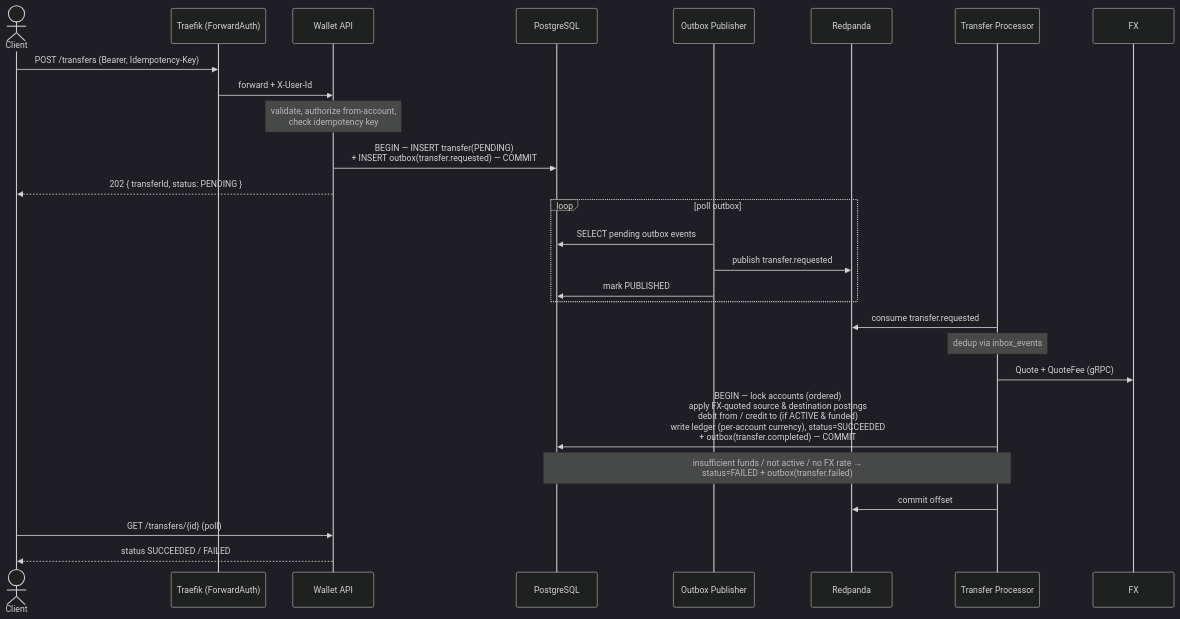
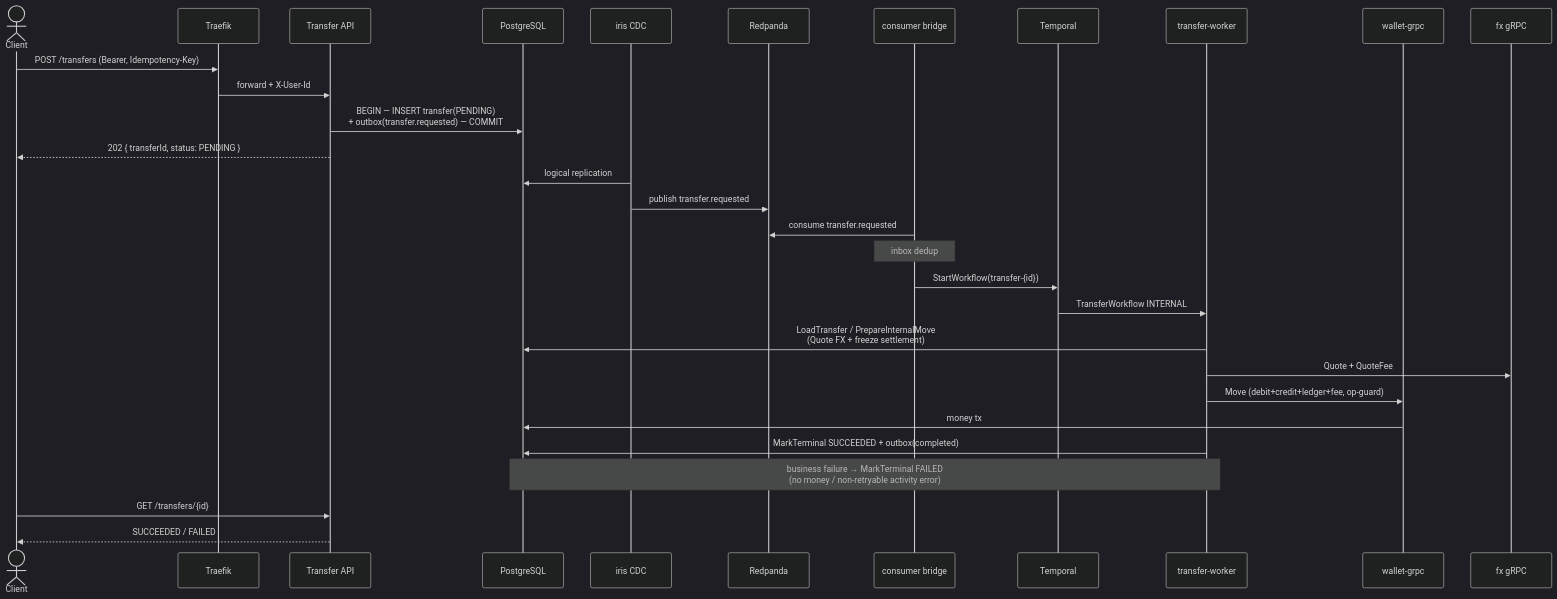
One commit to Phathdt/transx changed the second of 5 diagrams in README.md. Above: the diagram before and after it, drawn with Mermaid (dark theme). The commit also changed other lines of this file and 20 other files, not shown here.

First line of the commit message:
feat(transfer): orchestrate transfers with Temporal saga

````diff
--- a/README.md
+++ b/README.md
@@ -344,32 +328,35 @@
 ```mermaid
 sequenceDiagram
     actor C as Client
-    participant GW as Traefik (ForwardAuth)
-    participant API as Wallet API
+    participant GW as Traefik
+    participant API as Transfer API
     participant DB as PostgreSQL
-    participant PUB as Outbox Publisher
+    participant IRIS as iris CDC
     participant RP as Redpanda
-    participant PR as Transfer Processor
+    participant BR as consumer bridge
+    participant T as Temporal
+    participant W as transfer-worker
+    participant WG as wallet-grpc
+    participant FX as fx gRPC
 
     C->>GW: POST /transfers (Bearer, Idempotency-Key)
     GW->>API: forward + X-User-Id
-    Note over API: validate, authorize from-account,<br/>check idempotency key
-    API->>DB: BEGIN — INSERT transfer(PENDING)<br/>+ INSERT outbox(transfer.requested) — COMMIT
+    API->>DB: BEGIN — INSERT transfer(PENDING)<br/>+ outbox(transfer.requested) — COMMIT
     API-->>C: 202 { transferId, status: PENDING }
 
-    loop poll outbox
-        PUB->>DB: SELECT pending outbox events
-        PUB->>RP: publish transfer.requested
-        PUB->>DB: mark PUBLISHED
-    end
+    IRIS->>DB: logical replication
+    IRIS->>RP: publish transfer.requested
+    BR->>RP: consume transfer.requested
+    Note over BR: inbox dedup
+    BR->>T: StartWorkflow(transfer-{id})
+    T->>W: TransferWorkflow INTERNAL
+    W->>DB: LoadTransfer / PrepareInternalMove<br/>(Quote FX + freeze settlement)
+    W->>FX: Quote + QuoteFee
+    W->>WG: Move (debit+credit+ledger+fee, op-guard)
+    WG->>DB: money tx
+    W->>DB: MarkTerminal SUCCEEDED + outbox(completed)
+    Note over W,DB: business failure → MarkTerminal FAILED<br/>(no money / non-retryable activity error)
 
-    PR->>RP: consume transfer.requested
-    Note over PR: dedup via inbox_events
-    PR->>FX: Quote + QuoteFee (gRPC)
-    PR->>DB: BEGIN — lock accounts (ordered)<br/>apply FX-quoted source & destination postings<br/>debit from / credit to (if ACTIVE & funded)<br/>write ledger (per-account currency), status=SUCCEEDED<br/>+ outbox(transfer.completed) — COMMIT
-    Note over PR,DB: insufficient funds / not active / no FX rate →<br/>status=FAILED + outbox(transfer.failed)
-    PR->>RP: commit offset
-
-    C->>API: GET /transfers/{id} (poll)
-    API-->>C: status SUCCEEDED / FAILED
+    C->>API: GET /transfers/{id}
+    API-->>C: SUCCEEDED / FAILED
 ```
````
